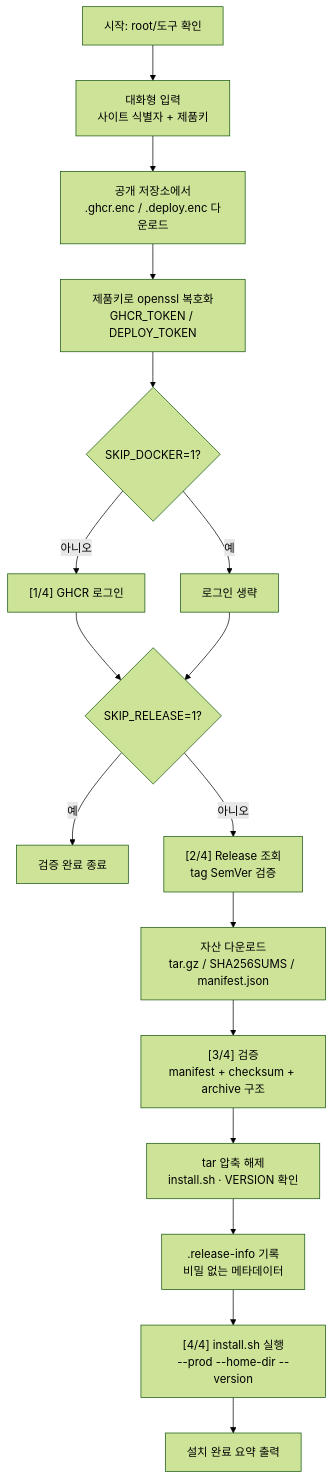
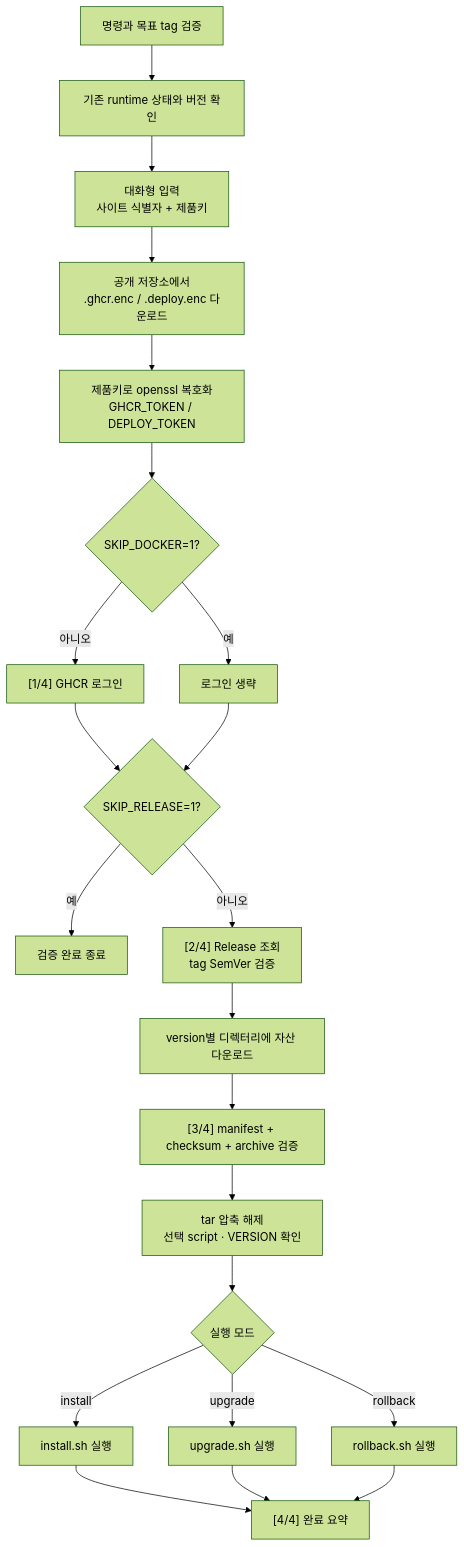
Before and after one commit to anjin0/wizlink-bootstrap: the first of 2 diagrams in boot.md, drawn with Mermaid (forest theme). The commit also changed other lines of this file and 2 other files, not shown here.

````diff
--- a/boot.md
+++ b/boot.md
@@ -56,19 +62,24 @@
 ```mermaid
 flowchart TD
-    A[시작: root/도구 확인] --> B[대화형 입력<br/>사이트 식별자 + 제품키]
-    B --> C[공개 저장소에서<br/>.ghcr.enc / .deploy.enc 다운로드]
-    C --> D[제품키로 openssl 복호화<br/>GHCR_TOKEN / DEPLOY_TOKEN]
-    D --> E{SKIP_DOCKER=1?}
-    E -- 아니오 --> F["[1/4] GHCR 로그인"]
-    E -- 예 --> F2[로그인 생략]
-    F --> G
-    F2 --> G{SKIP_RELEASE=1?}
-    G -- 예 --> Z2[검증 완료 종료]
-    G -- 아니오 --> H["[2/4] Release 조회<br/>tag SemVer 검증"]
-    H --> I[자산 다운로드<br/>tar.gz / SHA256SUMS / manifest.json]
-    I --> J["[3/4] 검증<br/>manifest + checksum + archive 구조"]
-    J --> K[tar 압축 해제<br/>install.sh · VERSION 확인]
-    K --> L[.release-info 기록<br/>비밀 없는 메타데이터]
-    L --> M["[4/4] install.sh 실행<br/>--prod --home-dir --version"]
-    M --> Z[설치 완료 요약 출력]
+    A[명령과 목표 tag 검증] --> B[기존 runtime 상태와 버전 확인]
+    B --> C[대화형 입력<br/>사이트 식별자 + 제품키]
+    C --> D[공개 저장소에서<br/>.ghcr.enc / .deploy.enc 다운로드]
+    D --> E[제품키로 openssl 복호화<br/>GHCR_TOKEN / DEPLOY_TOKEN]
+    E --> F{SKIP_DOCKER=1?}
+    F -- 아니오 --> G["[1/4] GHCR 로그인"]
+    F -- 예 --> G2[로그인 생략]
+    G --> H
+    G2 --> H{SKIP_RELEASE=1?}
+    H -- 예 --> Z2[검증 완료 종료]
+    H -- 아니오 --> I["[2/4] Release 조회<br/>tag SemVer 검증"]
+    I --> J[version별 디렉터리에 자산 다운로드]
+    J --> K["[3/4] manifest + checksum + archive 검증"]
+    K --> L[tar 압축 해제<br/>선택 script · VERSION 확인]
+    L --> M{실행 모드}
+    M -- install --> N[install.sh 실행]
+    M -- upgrade --> O[upgrade.sh 실행]
+    M -- rollback --> P[rollback.sh 실행]
+    N --> Z["[4/4] 완료 요약"]
+    O --> Z
+    P --> Z
 ```
````
